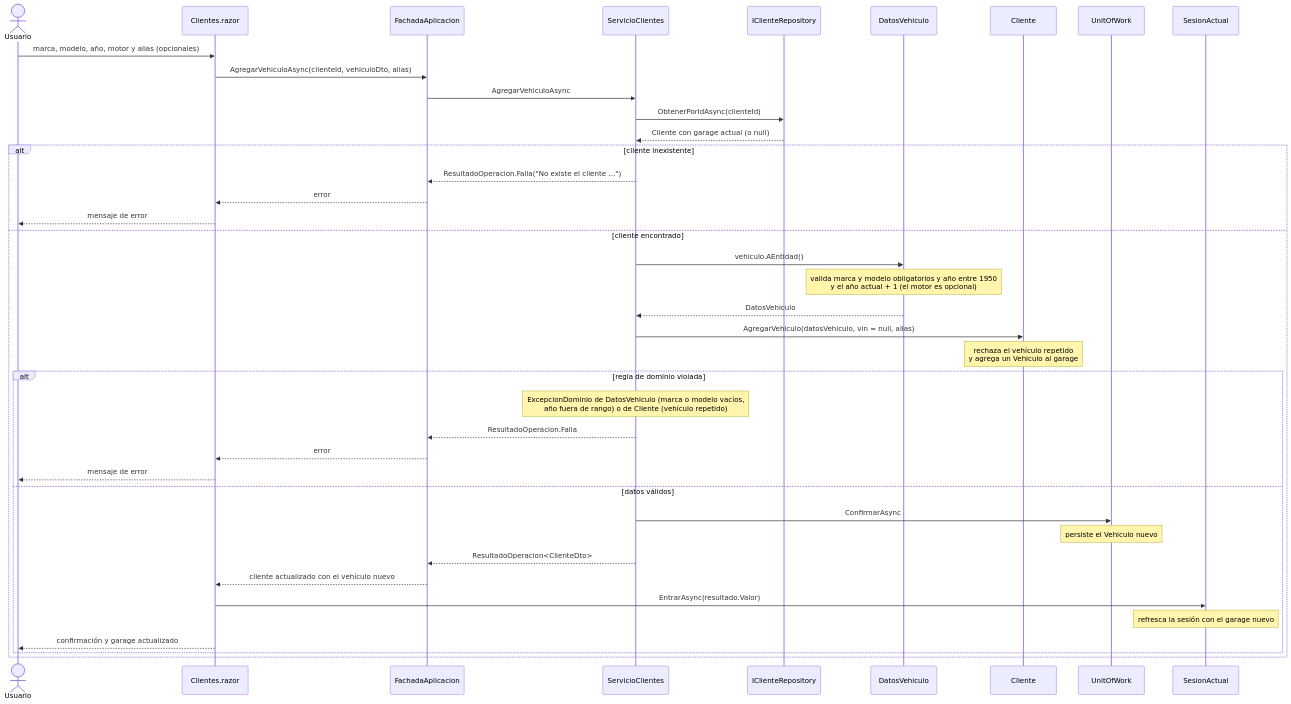
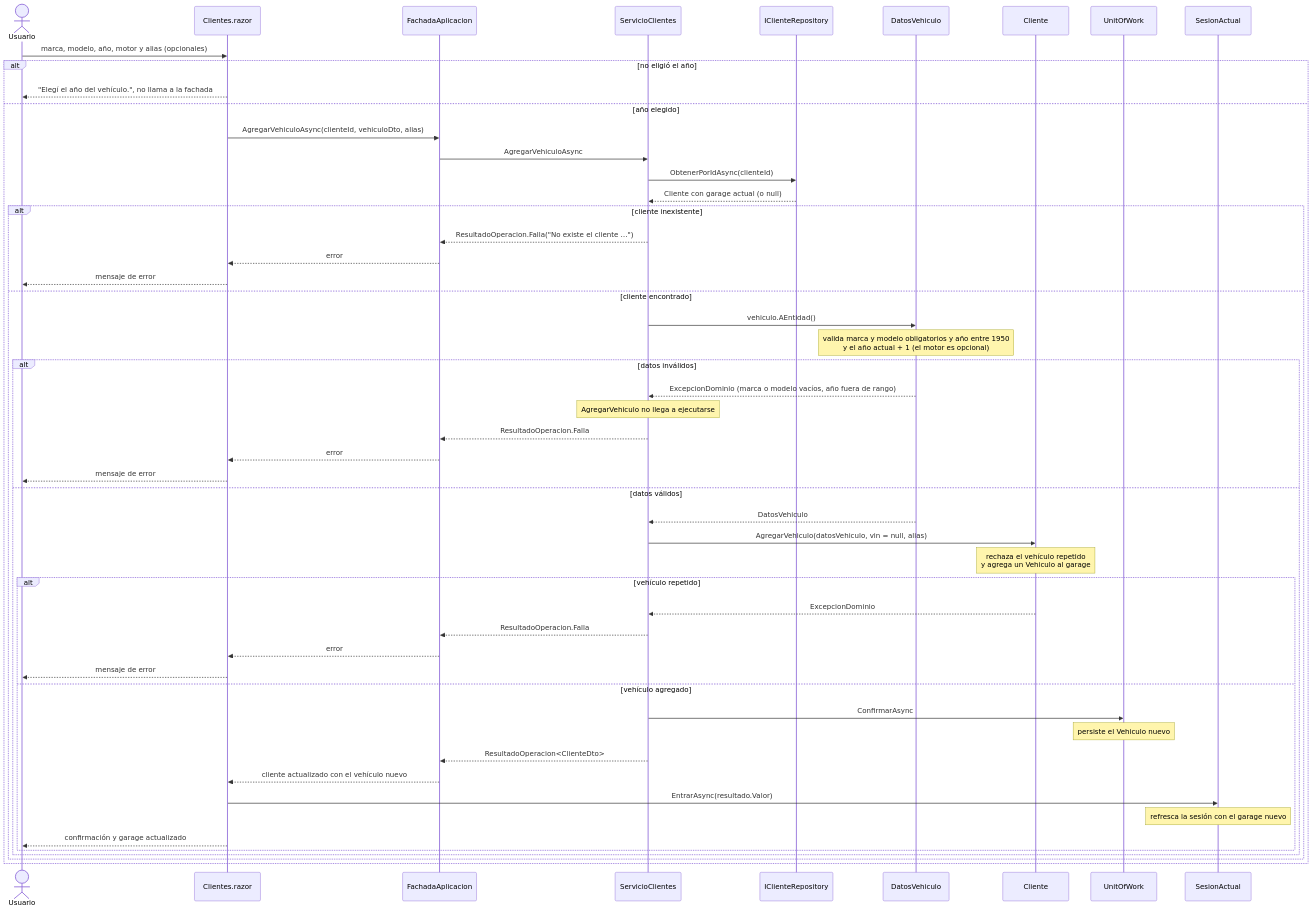
Before and after one commit to lfb-00/tp-apps-2: the third of 3 diagrams in docs/diagramas/secuencia.md, drawn with Mermaid. The commit also changed other lines of this file and 7 other files, not shown here.

````diff
--- a/docs/diagramas/secuencia.md
+++ b/docs/diagramas/secuencia.md
@@ -126,45 +137,59 @@
 ```mermaid
 sequenceDiagram
     actor Usuario
     participant Web as Clientes.razor
     participant Fachada as FachadaAplicacion
     participant Clientes as ServicioClientes
     participant Repo as IClienteRepository
     participant Datos as DatosVehiculo
     participant Dominio as Cliente
     participant UoW as UnitOfWork
     participant Sesion as SesionActual
 
     Usuario->>Web: marca, modelo, año, motor y alias (opcionales)
-    Web->>Fachada: AgregarVehiculoAsync(clienteId, vehiculoDto, alias)
-    Fachada->>Clientes: AgregarVehiculoAsync
-    Clientes->>Repo: ObtenerPorIdAsync(clienteId)
-    Repo-->>Clientes: Cliente con garage actual (o null)
 
-    alt cliente inexistente
-        Clientes-->>Fachada: ResultadoOperacion.Falla("No existe el cliente …")
-        Fachada-->>Web: error
-        Web-->>Usuario: mensaje de error
-    else cliente encontrado
-        Clientes->>Datos: vehiculo.AEntidad()
-        Note over Datos: valida marca y modelo obligatorios y año entre 1950<br/>y el año actual + 1 (el motor es opcional)
-        Datos-->>Clientes: DatosVehiculo
-        Clientes->>Dominio: AgregarVehiculo(datosVehiculo, vin = null, alias)
-        Note over Dominio: rechaza el vehículo repetido<br/>y agrega un Vehiculo al garage
+    alt no eligió el año
+        Web-->>Usuario: "Elegí el año del vehículo.", no llama a la fachada
+    else año elegido
+        Web->>Fachada: AgregarVehiculoAsync(clienteId, vehiculoDto, alias)
+        Fachada->>Clientes: AgregarVehiculoAsync
+        Clientes->>Repo: ObtenerPorIdAsync(clienteId)
+        Repo-->>Clientes: Cliente con garage actual (o null)
 
-        alt regla de dominio violada
-            Note over Clientes: ExcepcionDominio de DatosVehiculo (marca o modelo vacíos,<br/>año fuera de rango) o de Cliente (vehículo repetido)
-            Clientes-->>Fachada: ResultadoOperacion.Falla
+        alt cliente inexistente
+            Clientes-->>Fachada: ResultadoOperacion.Falla("No existe el cliente …")
             Fachada-->>Web: error
             Web-->>Usuario: mensaje de error
-        else datos válidos
-            Clientes->>UoW: ConfirmarAsync
-            Note over UoW: persiste el Vehiculo nuevo
-            Clientes-->>Fachada: ResultadoOperacion#lt;ClienteDto#gt;
-            Fachada-->>Web: cliente actualizado con el vehículo nuevo
-            Web->>Sesion: EntrarAsync(resultado.Valor)
-            Note over Sesion: refresca la sesión con el garage nuevo
-            Web-->>Usuario: confirmación y garage actualizado
+        else cliente encontrado
+            Clientes->>Datos: vehiculo.AEntidad()
+            Note over Datos: valida marca y modelo obligatorios y año entre 1950<br/>y el año actual + 1 (el motor es opcional)
+
+            alt datos inválidos
+                Datos-->>Clientes: ExcepcionDominio (marca o modelo vacíos, año fuera de rango)
+                Note over Clientes: AgregarVehiculo no llega a ejecutarse
+                Clientes-->>Fachada: ResultadoOperacion.Falla
+                Fachada-->>Web: error
+                Web-->>Usuario: mensaje de error
+            else datos válidos
+                Datos-->>Clientes: DatosVehiculo
+                Clientes->>Dominio: AgregarVehiculo(datosVehiculo, vin = null, alias)
+                Note over Dominio: rechaza el vehículo repetido<br/>y agrega un Vehiculo al garage
+
+                alt vehículo repetido
+                    Dominio-->>Clientes: ExcepcionDominio
+                    Clientes-->>Fachada: ResultadoOperacion.Falla
+                    Fachada-->>Web: error
+                    Web-->>Usuario: mensaje de error
+                else vehículo agregado
+                    Clientes->>UoW: ConfirmarAsync
+                    Note over UoW: persiste el Vehiculo nuevo
+                    Clientes-->>Fachada: ResultadoOperacion#lt;ClienteDto#gt;
+                    Fachada-->>Web: cliente actualizado con el vehículo nuevo
+                    Web->>Sesion: EntrarAsync(resultado.Valor)
+                    Note over Sesion: refresca la sesión con el garage nuevo
+                    Web-->>Usuario: confirmación y garage actualizado
+                end
+            end
         end
     end
 ```
````
